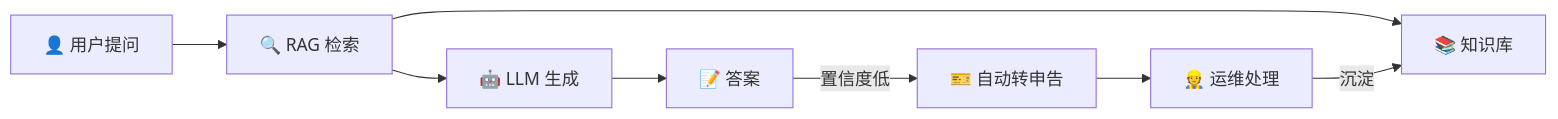
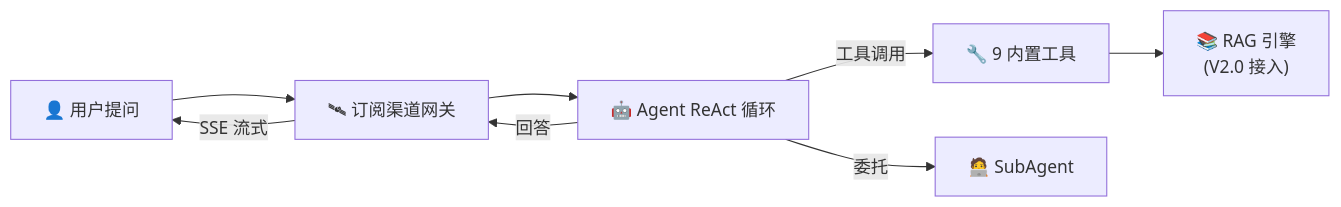
Before and after one commit to int2t05/Cognik: the first of 4 diagrams in README.md, drawn with Mermaid. The commit also changed other lines of this file and 3 other files, not shown here.

````diff
--- a/README.md
+++ b/README.md
@@ -21,10 +29,10 @@
 ```mermaid
 graph LR
-    A["👤 用户提问"] --> B["🔍 RAG 检索"]
-    B --> C["📚 知识库"]
-    B --> D["🤖 LLM 生成"]
-    D --> E["📝 答案"]
-    E -->|"置信度低"| F["🎫 自动转申告"]
-    F --> G["👷 运维处理"]
-    G -->|"沉淀"| C
+    A["👤 用户提问"] --> GW["🛰 订阅渠道网关"]
+    GW --> AG["🤖 Agent ReAct 循环"]
+    AG -->|"工具调用"| T["🔧 9 内置工具"]
+    AG -->|"委托"| SA["🧑‍💻 SubAgent"]
+    AG -->|"回答"| GW
+    GW -->|"SSE 流式"| A
+    T --> RAG["📚 RAG 引擎<br>(V2.0 接入)"]
 ```
````
